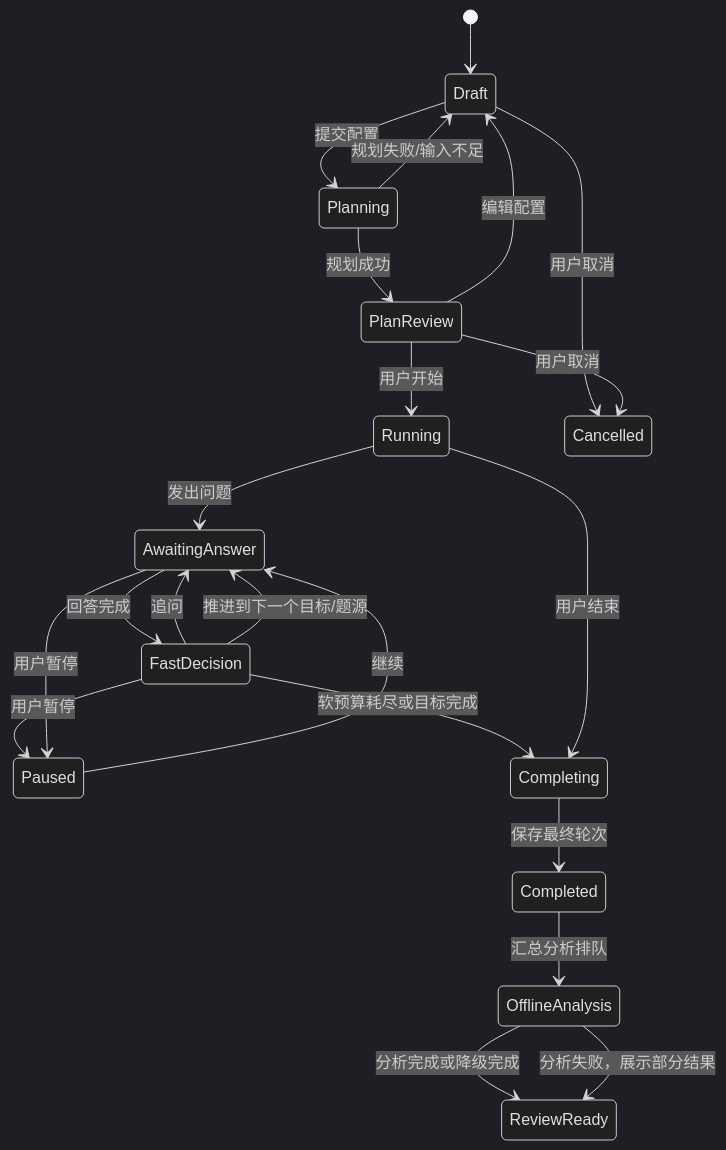
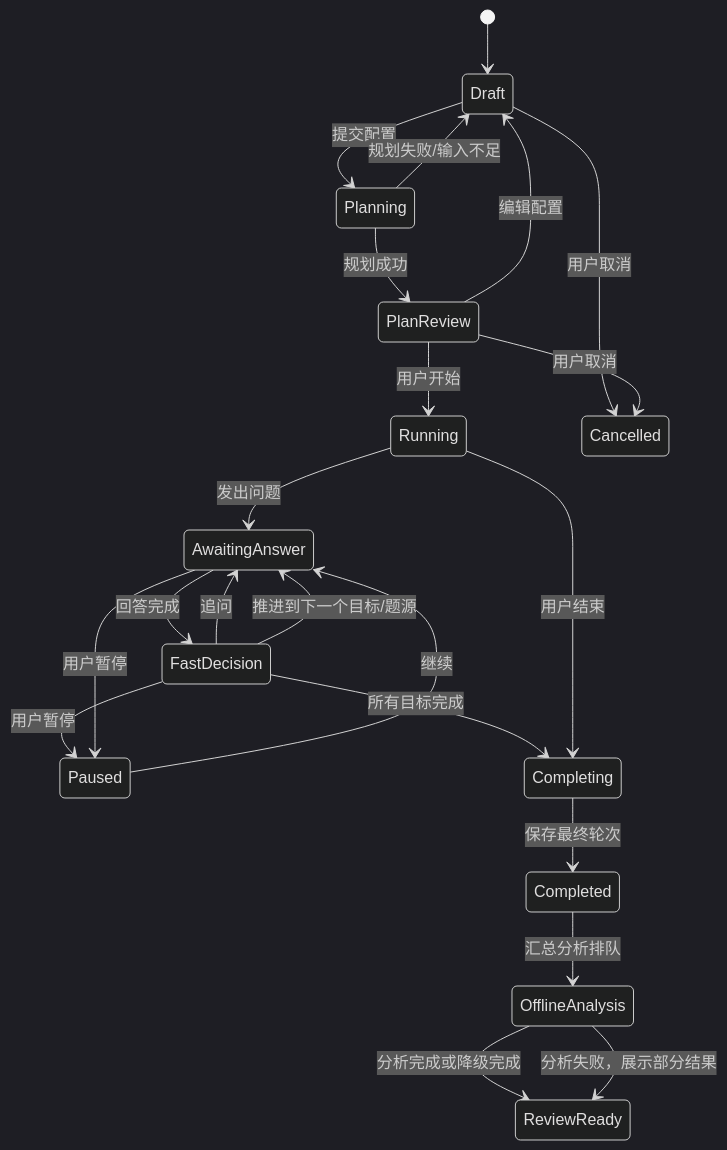
The first of 2 diagrams in docs/03-实时面试与分析数据流.md (loryli/probe), drawn with Mermaid (dark theme) before and after one commit. The commit also changed other lines of this file and 29 other files, not shown here.

````diff
--- a/docs/03-实时面试与分析数据流.md
+++ b/docs/03-实时面试与分析数据流.md
@@ -28,24 +40,24 @@
 ```mermaid
 stateDiagram-v2
   [*] --> Draft
   Draft --> Planning: 提交配置
   Planning --> PlanReview: 规划成功
   Planning --> Draft: 规划失败/输入不足
   PlanReview --> Running: 用户开始
   PlanReview --> Draft: 编辑配置
   Running --> AwaitingAnswer: 发出问题
   AwaitingAnswer --> FastDecision: 回答完成
   FastDecision --> AwaitingAnswer: 追问
   FastDecision --> AwaitingAnswer: 推进到下一个目标/题源
   FastDecision --> Paused: 用户暂停
-  FastDecision --> Completing: 软预算耗尽或目标完成
+  FastDecision --> Completing: 所有目标完成
   AwaitingAnswer --> Paused: 用户暂停
   Paused --> AwaitingAnswer: 继续
   Running --> Completing: 用户结束
   Completing --> Completed: 保存最终轮次
   Completed --> OfflineAnalysis: 汇总分析排队
   OfflineAnalysis --> ReviewReady: 分析完成或降级完成
   OfflineAnalysis --> ReviewReady: 分析失败，展示部分结果
   Draft --> Cancelled: 用户取消
   PlanReview --> Cancelled: 用户取消
 ```
````
